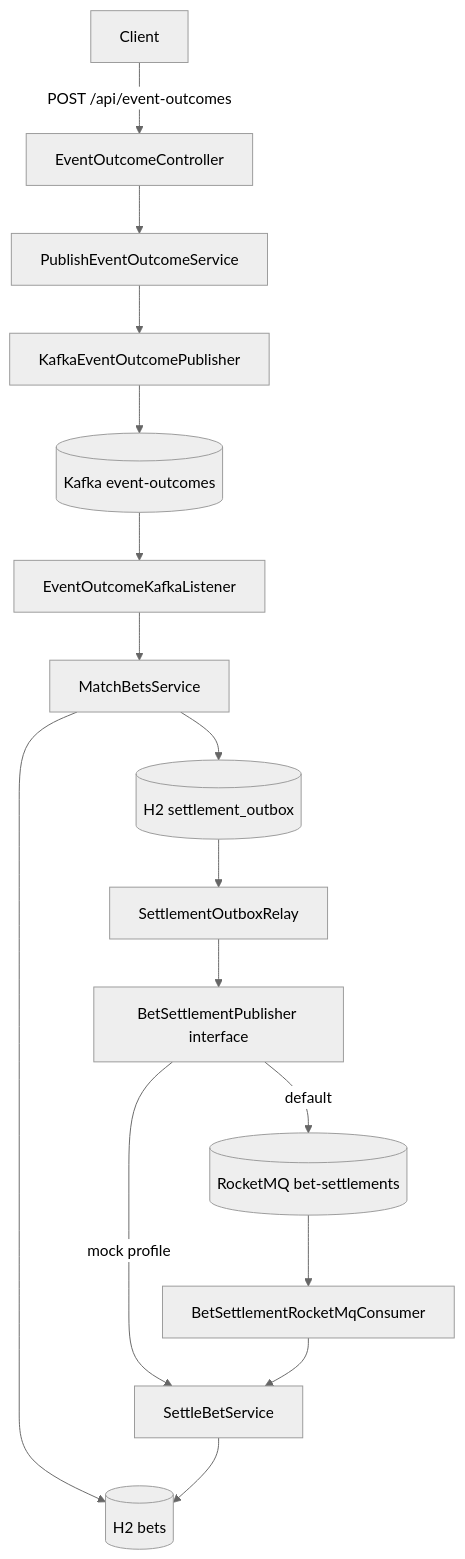
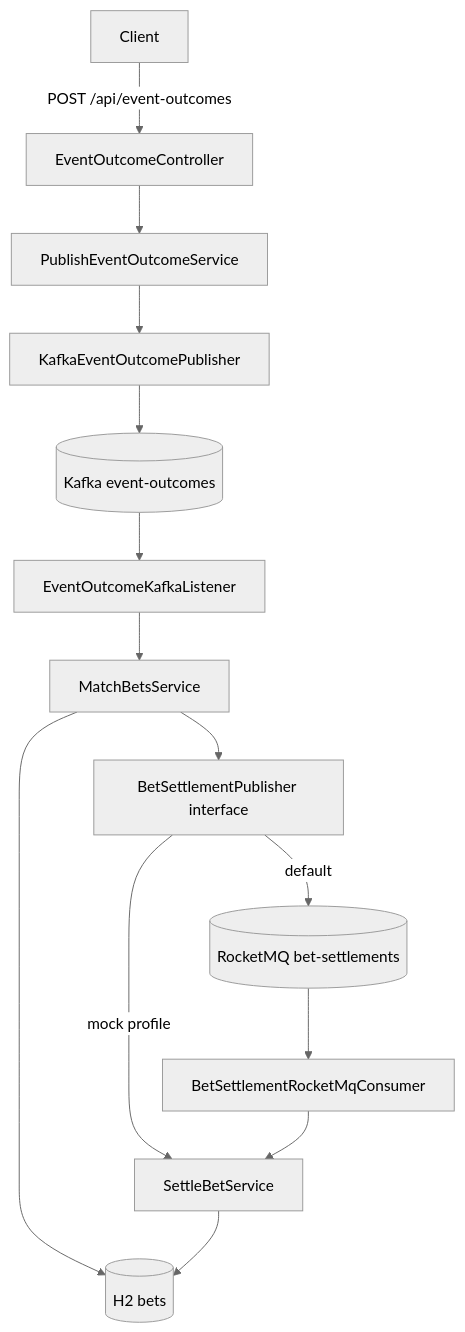
The diagram in README.md (dminin/sports-betting-settlement), drawn with Mermaid (neutral theme) before and after one commit. The commit also changed other lines of this file and 13 other files, not shown here.

Commit message:
Remove the transactional settlement outbox

````diff
--- a/README.md
+++ b/README.md
@@ -13,18 +12,16 @@
 ```mermaid
 flowchart TD
   client[Client] -->|"POST /api/event-outcomes"| webIn[EventOutcomeController]
   webIn --> publishSvc[PublishEventOutcomeService]
   publishSvc --> kafkaOut[KafkaEventOutcomePublisher]
   kafkaOut --> kafkaTopic[("Kafka event-outcomes")]
   kafkaTopic --> kafkaIn[EventOutcomeKafkaListener]
   kafkaIn --> matchSvc[MatchBetsService]
   matchSvc --> repo[(H2 bets)]
-  matchSvc --> outbox[(H2 settlement_outbox)]
-  outbox --> relay[SettlementOutboxRelay]
-  relay --> rmqOut[BetSettlementPublisher interface]
+  matchSvc --> rmqOut[BetSettlementPublisher interface]
   rmqOut -->|default| rmqTopic[("RocketMQ bet-settlements")]
   rmqOut -->|mock profile| settleSvc
   rmqTopic --> rmqIn[BetSettlementRocketMqConsumer]
   rmqIn --> settleSvc[SettleBetService]
   settleSvc --> repo
 ```
````
